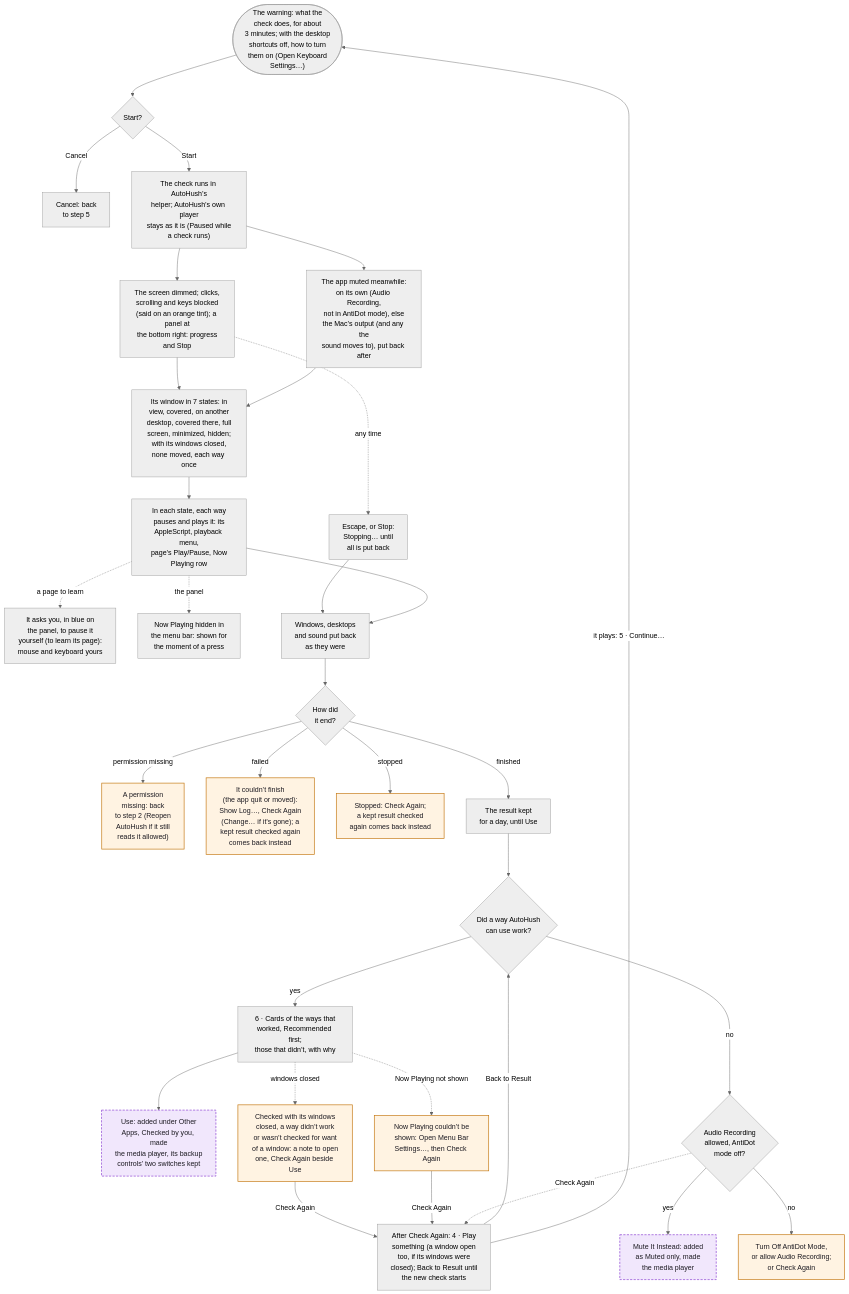
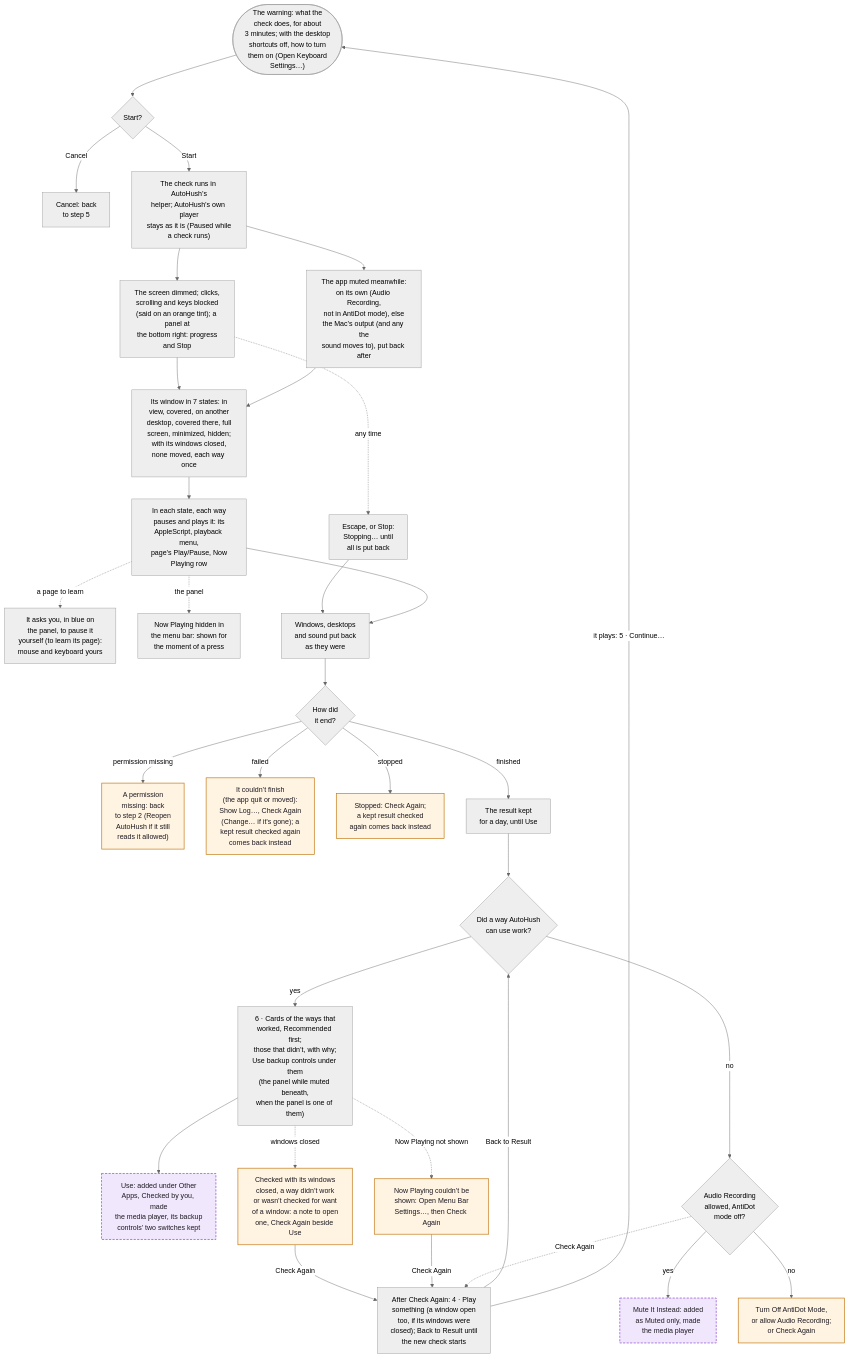
One commit to hfustercabre/AutoHush changed the tenth of 14 diagrams in WORKFLOWS.md. Above: the diagram before and after it, drawn with Mermaid (neutral theme). The commit also changed other lines of this file and 6 other files, not shown here.

First line of the commit message:
docs: the docs and flowcharts describe every player's backup controls as built

````diff
--- a/WORKFLOWS.md
+++ b/WORKFLOWS.md
@@ -555,64 +555,64 @@
 ```mermaid
 flowchart TD
   WARN(["The warning: what the<br/>check does, for about<br/>3 minutes; with the desktop<br/>shortcuts off, how to turn<br/>them on (Open Keyboard<br/>Settings…)"])
   GO{"Start?"}
   BACK["Cancel: back<br/>to step 5"]
   RUN["The check runs in AutoHush’s<br/>helper; AutoHush’s own player<br/>stays as it is (Paused while<br/>a check runs)"]
   BLOCK["The screen dimmed; clicks,<br/>scrolling and keys blocked<br/>(said on an orange tint); a panel at<br/>the bottom right: progress<br/>and Stop"]
   MUTE["The app muted meanwhile:<br/>on its own (Audio Recording,<br/>not in AntiDot mode), else<br/>the Mac’s output (and any the<br/>sound moves to), put back after"]
   STATES["Its window in 7 states: in<br/>view, covered, on another<br/>desktop, covered there, full<br/>screen, minimized, hidden;<br/>with its windows closed,<br/>none moved, each way once"]
   WAYS["In each state, each way<br/>pauses and plays it: its<br/>AppleScript, playback menu,<br/>page’s Play/Pause, Now<br/>Playing row"]
   ASK["It asks you, in blue on<br/>the panel, to pause it<br/>yourself (to learn its page):<br/>mouse and keyboard yours"]
   SHOW["Now Playing hidden in<br/>the menu bar: shown for<br/>the moment of a press"]
   STOP["Escape, or Stop:<br/>Stopping… until<br/>all is put back"]
   PUT["Windows, desktops<br/>and sound put back<br/>as they were"]
   HOW{"How did<br/>it end?"}
   PERM["A permission<br/>missing: back<br/>to step 2 (Reopen<br/>AutoHush if it still<br/>reads it allowed)"]
   FAIL["It couldn’t finish<br/>(the app quit or moved):<br/>Show Log…, Check Again<br/>(Change… if it’s gone); a<br/>kept result checked again<br/>comes back instead"]
   STOPPED["Stopped: Check Again;<br/>a kept result checked<br/>again comes back instead"]
   KEEP["The result kept<br/>for a day, until Use"]
   ANY{"Did a way AutoHush<br/>can use work?"}
-  CARDS["6 · Cards of the ways that<br/>worked, Recommended first;<br/>those that didn’t, with why"]
+  CARDS["6 · Cards of the ways that<br/>worked, Recommended first;<br/>those that didn’t, with why;<br/>Use backup controls under them<br/>(the panel while muted beneath,<br/>when the panel is one of them)"]
   USE["Use: added under Other<br/>Apps, Checked by you, made<br/>the media player, its backup<br/>controls’ two switches kept"]
   NPH["Now Playing couldn’t be<br/>shown: Open Menu Bar<br/>Settings…, then Check Again"]
   CLW["Checked with its windows<br/>closed, a way didn’t work<br/>or wasn’t checked for want<br/>of a window: a note to open<br/>one, Check Again beside Use"]
   AGN["After Check Again: 4 · Play<br/>something (a window open<br/>too, if its windows were<br/>closed); Back to Result until<br/>the new check starts"]
   MUT{"Audio Recording<br/>allowed, AntiDot<br/>mode off?"}
   MII["Mute It Instead: added<br/>as Muted only, made<br/>the media player"]
   ANTI["Turn Off AntiDot Mode,<br/>or allow Audio Recording;<br/>or Check Again"]
 
   WARN --> GO
   GO -->|"Cancel"| BACK
   GO -->|"Start"| RUN
   RUN --> BLOCK
   RUN --> MUTE
   BLOCK --> STATES
   MUTE --> STATES
   STATES --> WAYS
   WAYS -.->|"a page to learn"| ASK
   WAYS -.->|"the panel"| SHOW
   BLOCK -.->|"any time"| STOP
   STOP --> PUT
   WAYS --> PUT
   PUT --> HOW
   HOW -->|"finished"| KEEP --> ANY
   HOW -->|"permission missing"| PERM
   HOW -->|"failed"| FAIL
   HOW -->|"stopped"| STOPPED
   ANY -->|"yes"| CARDS --> USE
   CARDS -.->|"Now Playing not shown"| NPH
   CARDS -.->|"windows closed"| CLW
   CLW -->|"Check Again"| AGN
   NPH -->|"Check Again"| AGN
   MUT -.->|"Check Again"| AGN
   AGN -->|"Back to Result"| ANY
   AGN -->|"it plays: 5 · Continue…"| WARN
   ANY -->|"no"| MUT
   MUT -->|"yes"| MII
   MUT -->|"no"| ANTI
 
   class USE,MII ref
   class FAIL,STOPPED,PERM,NPH,CLW,ANTI warn
   classDef ref fill:#f1e7fc,stroke:#8a3fd1,stroke-width:1.5px,stroke-dasharray: 5 3,color:#1d1b22
   classDef warn fill:#fff3e2,stroke:#c47812,stroke-width:1.5px,color:#1d1b22
 ```
````
